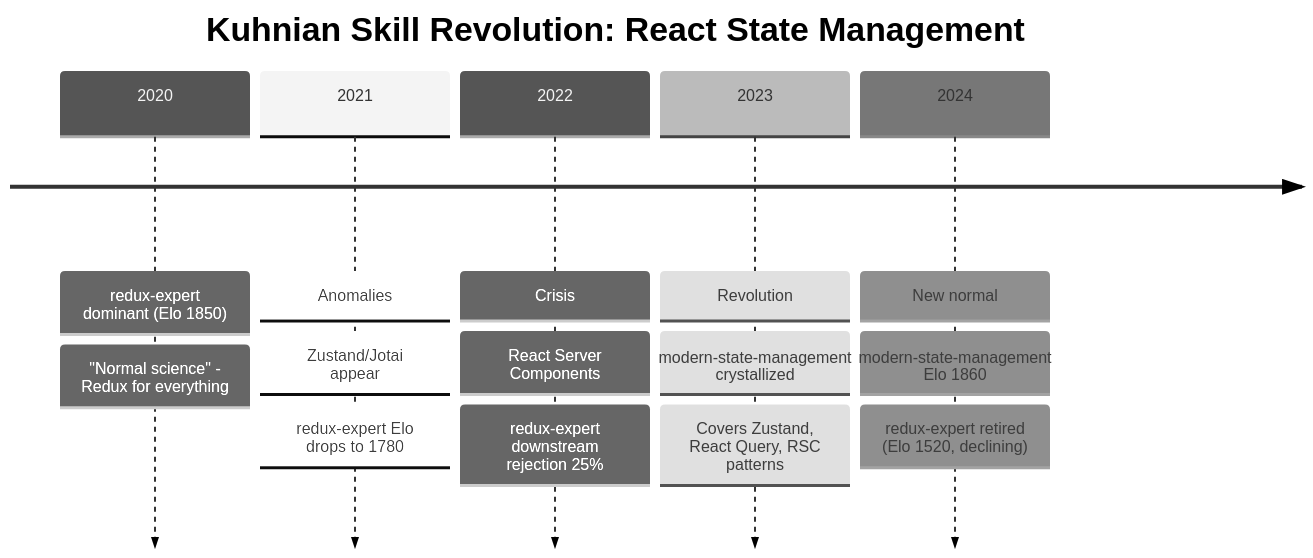
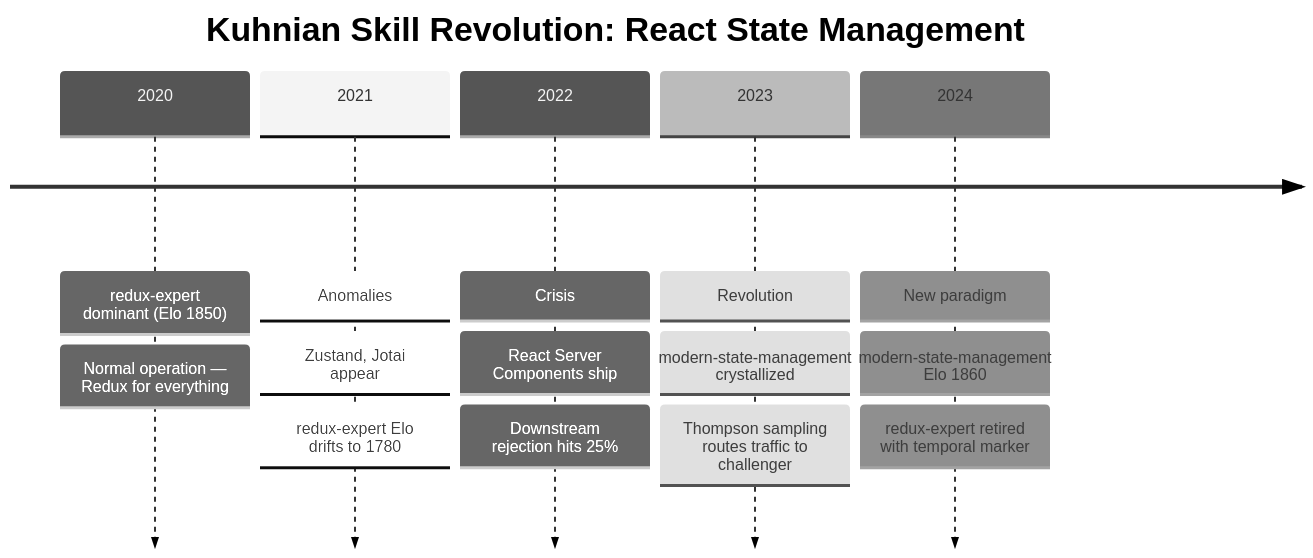
The third of 4 diagrams in .claude/skills/windags-architect/references/skill-lifecycle.md (curiositech/some_claude_skills), drawn with Mermaid (neutral theme) before and after one commit. The commit also changed other lines of this file, not shown here.

First line of the commit message:
Rewrite skill lifecycle: descriptive states, Thompson sampling, drift detection

````diff
--- a/.claude/skills/windags-architect/references/skill-lifecycle.md
+++ b/.claude/skills/windags-architect/references/skill-lifecycle.md
@@ -317,14 +404,14 @@
 ```mermaid
 timeline
   title Kuhnian Skill Revolution: React State Management
   2020 : redux-expert dominant (Elo 1850)
-       : "Normal science" - Redux for everything
-  2021 : Anomalies: Zustand/Jotai appear
-       : redux-expert Elo drops to 1780
-  2022 : Crisis: React Server Components
-       : redux-expert downstream rejection 25%
+       : Normal operation — Redux for everything
+  2021 : Anomalies: Zustand, Jotai appear
+       : redux-expert Elo drifts to 1780
+  2022 : Crisis: React Server Components ship
+       : Downstream rejection hits 25%
   2023 : Revolution: modern-state-management crystallized
-       : Covers Zustand, React Query, RSC patterns
-  2024 : New normal: modern-state-management Elo 1860
-       : redux-expert retired (Elo 1520, declining)
+       : Thompson sampling routes traffic to challenger
+  2024 : New paradigm: modern-state-management Elo 1860
+       : redux-expert retired with temporal marker
 ```
````
